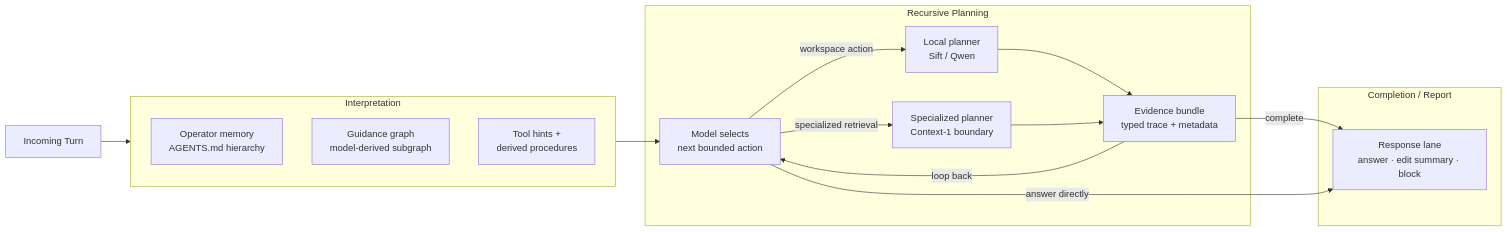
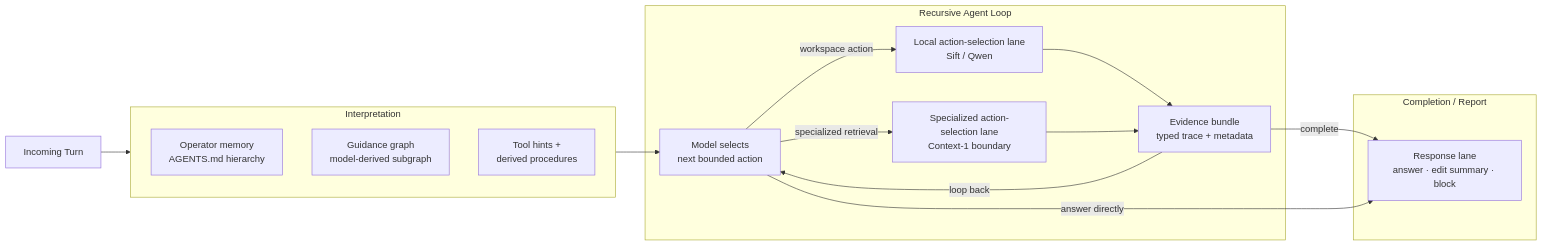
Before and after one commit to spoke-sh/paddles: the second of 6 diagrams in README.md, drawn with Mermaid. The commit also changed other lines of this file and 17 other files, not shown here.

First line of the commit message:
docs: document recursive agent loop

````diff
--- a/README.md
+++ b/README.md
@@ -110,28 +112,28 @@
 ```mermaid
 flowchart LR
     Turn["Incoming Turn"]
 
     subgraph Interpret ["Interpretation"]
         Memory["Operator memory<br/>AGENTS.md hierarchy"]
         Graph["Guidance graph<br/>model-derived subgraph"]
         Hints["Tool hints +<br/>derived procedures"]
     end
 
-    subgraph Plan ["Recursive Planning"]
+    subgraph Plan ["Recursive Agent Loop"]
         Decide["Model selects<br/>next bounded action"]
-        Local["Local planner<br/>Sift / Qwen"]
-        Heavy["Specialized planner<br/>Context-1 boundary"]
+        Local["Local action-selection lane<br/>Sift / Qwen"]
+        Heavy["Specialized action-selection lane<br/>Context-1 boundary"]
         Evidence["Evidence bundle<br/>typed trace + metadata"]
     end
 
     subgraph Finish ["Completion / Report"]
         Synth["Response lane<br/>answer · edit summary · block"]
     end
 
     Turn --> Interpret --> Decide
     Decide -->|"workspace action"| Local --> Evidence
     Decide -->|"specialized retrieval"| Heavy --> Evidence
     Evidence -->|"loop back"| Decide
     Evidence -->|"complete"| Synth
     Decide -->|"answer directly"| Synth
 ```
````
